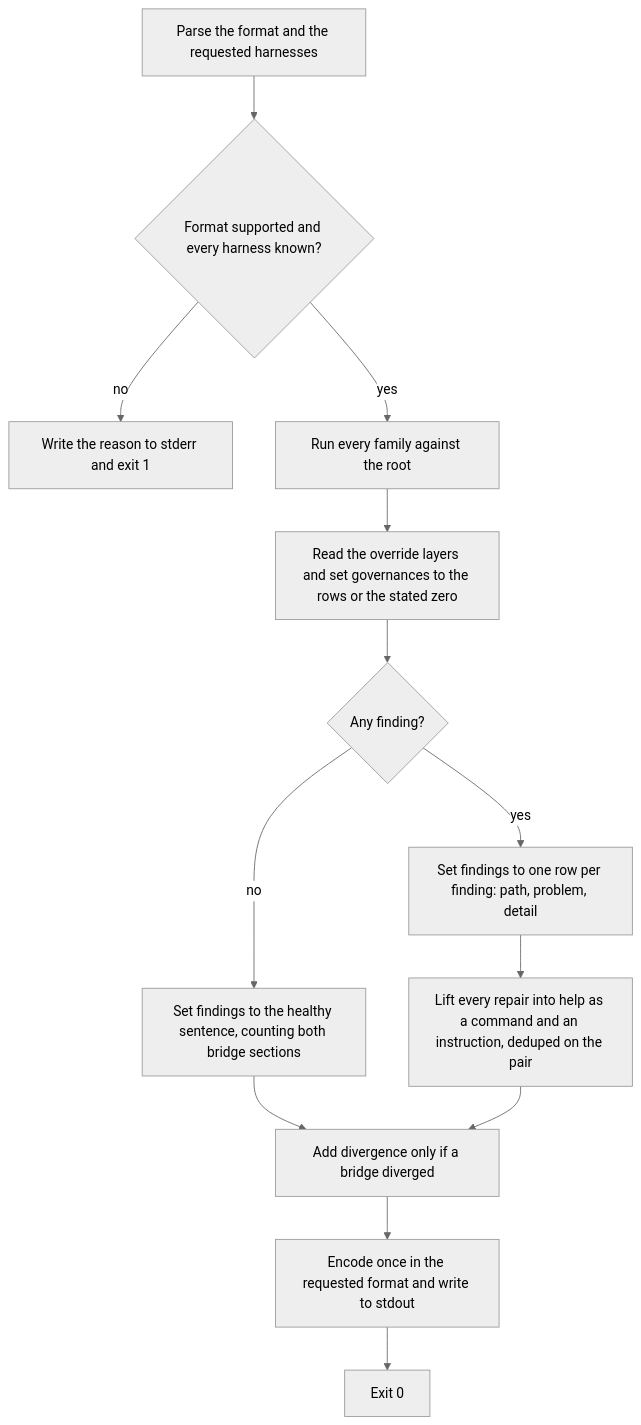
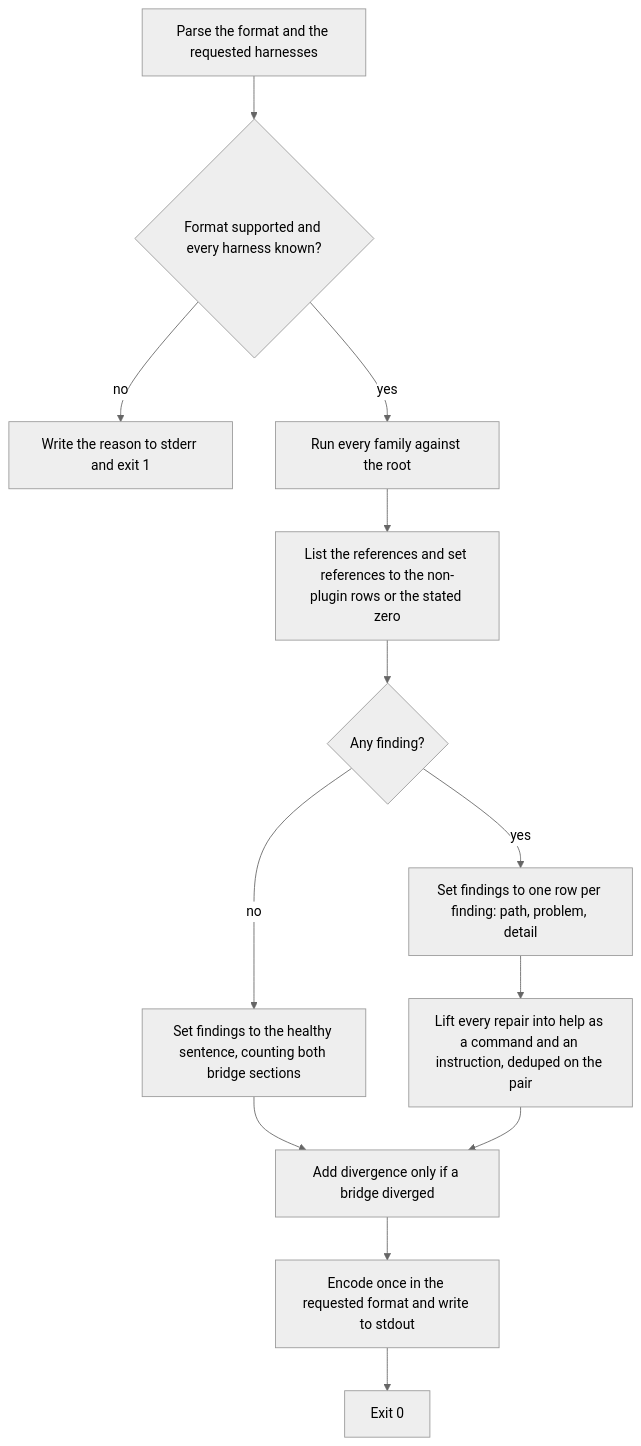
Before and after one commit to repobuddy/buddy-agent-harness: the diagram in packages/buddy-agent-harness/.agents/spec/cli/diagnosis-report/README.md, drawn with Mermaid (neutral theme). The commit also changed other lines of this file and 5 other files, not shown here.

Commit message:
chore(spec): move the init and doctor scenarios from governances to references

````diff
--- a/packages/buddy-agent-harness/.agents/spec/cli/diagnosis-report/README.md
+++ b/packages/buddy-agent-harness/.agents/spec/cli/diagnosis-report/README.md
@@ -107,15 +105,15 @@
 ```mermaid
 flowchart TD
   A[Parse the format and the requested harnesses] --> B{Format supported and every harness known?}
   B -->|no| C[Write the reason to stderr and exit 1]
   B -->|yes| D[Run every family against the root]
-  D --> D2[Read the override layers and set governances to the rows or the stated zero]
+  D --> D2[List the references and set references to the non-plugin rows or the stated zero]
   D2 --> E{Any finding?}
   E -->|no| F[Set findings to the healthy sentence, counting both bridge sections]
   E -->|yes| G[Set findings to one row per finding: path, problem, detail]
   G --> H[Lift every repair into help as a command and an instruction, deduped on the pair]
   F --> I[Add divergence only if a bridge diverged]
   H --> I
   I --> J[Encode once in the requested format and write to stdout]
   J --> K[Exit 0]
 ```
````
